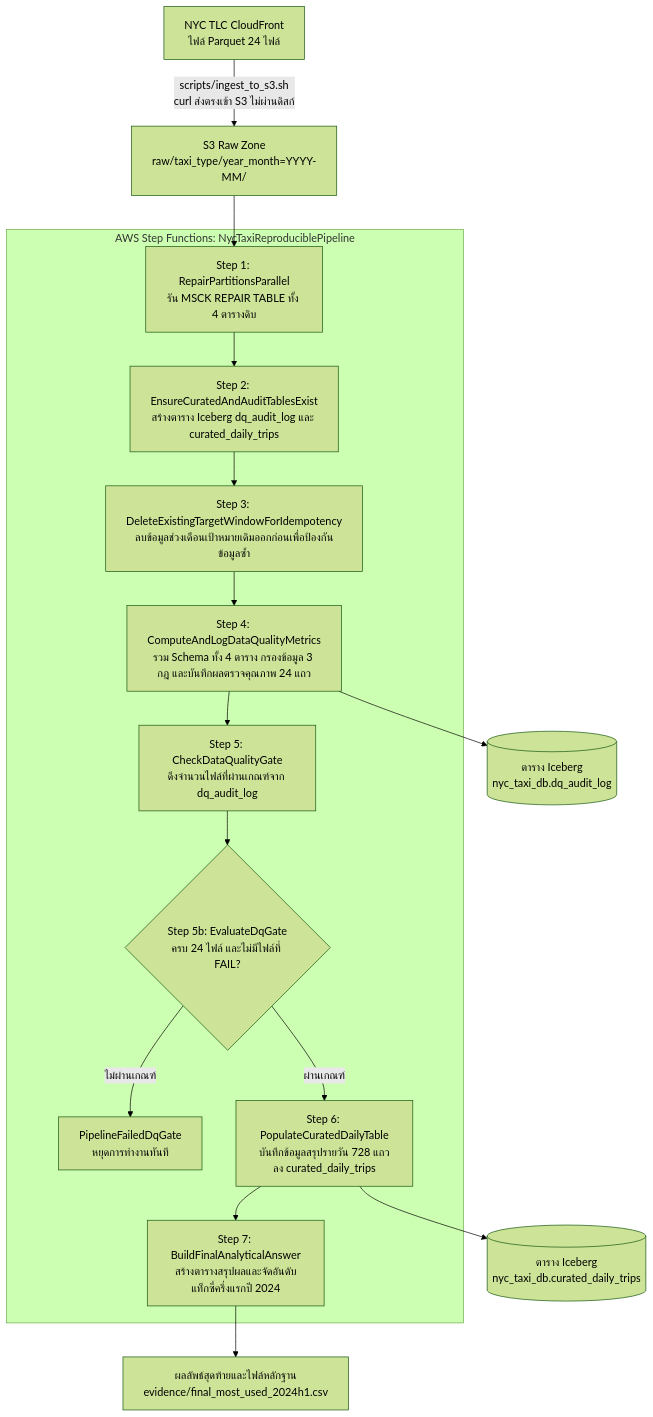
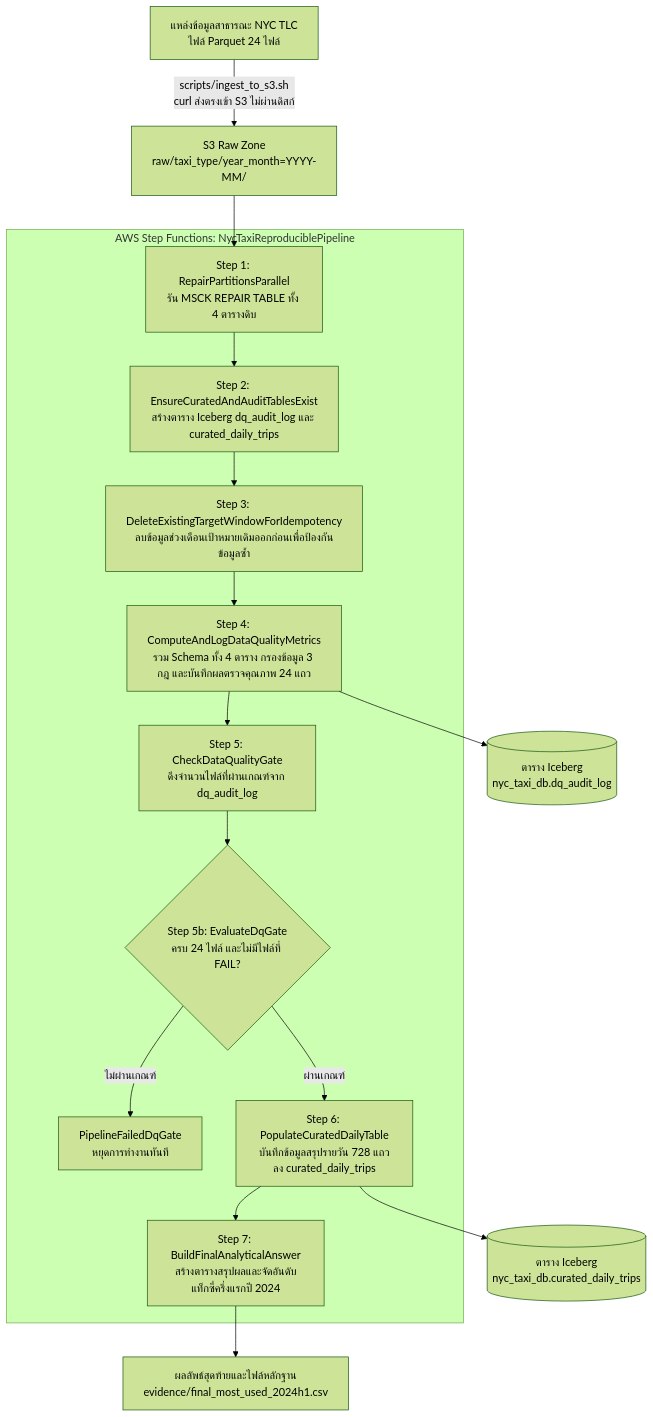
One commit to PhurinKaewpuangsek/Taxianalysis changed the diagram in README.md. Above: the diagram before and after it, drawn with Mermaid (forest theme). The commit also changed other lines of this file, not shown here.

Commit message:
Clarify NYC TLC public data source label in README diagram

````diff
--- a/README.md
+++ b/README.md
@@ -38,25 +38,25 @@
 ```mermaid
 flowchart TD
-    CF["NYC TLC CloudFront\nไฟล์ Parquet 24 ไฟล์"] -->|"scripts/ingest_to_s3.sh\ncurl ส่งตรงเข้า S3 ไม่ผ่านดิสก์"| RAW["S3 Raw Zone\nraw/taxi_type/year_month=YYYY-MM/"]
+    CF["แหล่งข้อมูลสาธารณะ NYC TLC\nไฟล์ Parquet 24 ไฟล์"] -->|"scripts/ingest_to_s3.sh\ncurl ส่งตรงเข้า S3 ไม่ผ่านดิสก์"| RAW["S3 Raw Zone\nraw/taxi_type/year_month=YYYY-MM/"]
 
     subgraph SFN["AWS Step Functions: NycTaxiReproduciblePipeline"]
         S1["Step 1: RepairPartitionsParallel\nรัน MSCK REPAIR TABLE ทั้ง 4 ตารางดิบ"]
         S2["Step 2: EnsureCuratedAndAuditTablesExist\nสร้างตาราง Iceberg dq_audit_log และ curated_daily_trips"]
         S3["Step 3: DeleteExistingTargetWindowForIdempotency\nลบข้อมูลช่วงเดือนเป้าหมายเดิมออกก่อนเพื่อป้องกันข้อมูลซ้ำ"]
         S4["Step 4: ComputeAndLogDataQualityMetrics\nรวม Schema ทั้ง 4 ตาราง กรองข้อมูล 3 กฎ และบันทึกผลตรวจคุณภาพ 24 แถว"]
         S5["Step 5: CheckDataQualityGate\nดึงจำนวนไฟล์ที่ผ่านเกณฑ์จาก dq_audit_log"]
         S6{"Step 5b: EvaluateDqGate\nครบ 24 ไฟล์ และไม่มีไฟล์ที่ FAIL?"}
         FAIL["PipelineFailedDqGate\nหยุดการทำงานทันที"]
         S7["Step 6: PopulateCuratedDailyTable\nบันทึกข้อมูลสรุปรายวัน 728 แถวลง curated_daily_trips"]
         S8["Step 7: BuildFinalAnalyticalAnswer\nสร้างตารางสรุปผลและจัดอันดับแท็กซี่ครึ่งแรกปี 2024"]
 
         S1 --> S2 --> S3 --> S4 --> S5 --> S6
         S6 -- "ผ่านเกณฑ์" --> S7 --> S8
         S6 -- "ไม่ผ่านเกณฑ์" --> FAIL
     end
 
     RAW --> S1
     S4 --> ICE_DQ[("ตาราง Iceberg\nnyc_taxi_db.dq_audit_log")]
     S7 --> ICE_CUR[("ตาราง Iceberg\nnyc_taxi_db.curated_daily_trips")]
     S8 --> MART["ผลลัพธ์สุดท้ายและไฟล์หลักฐาน\nevidence/final_most_used_2024h1.csv"]
 ```
````
